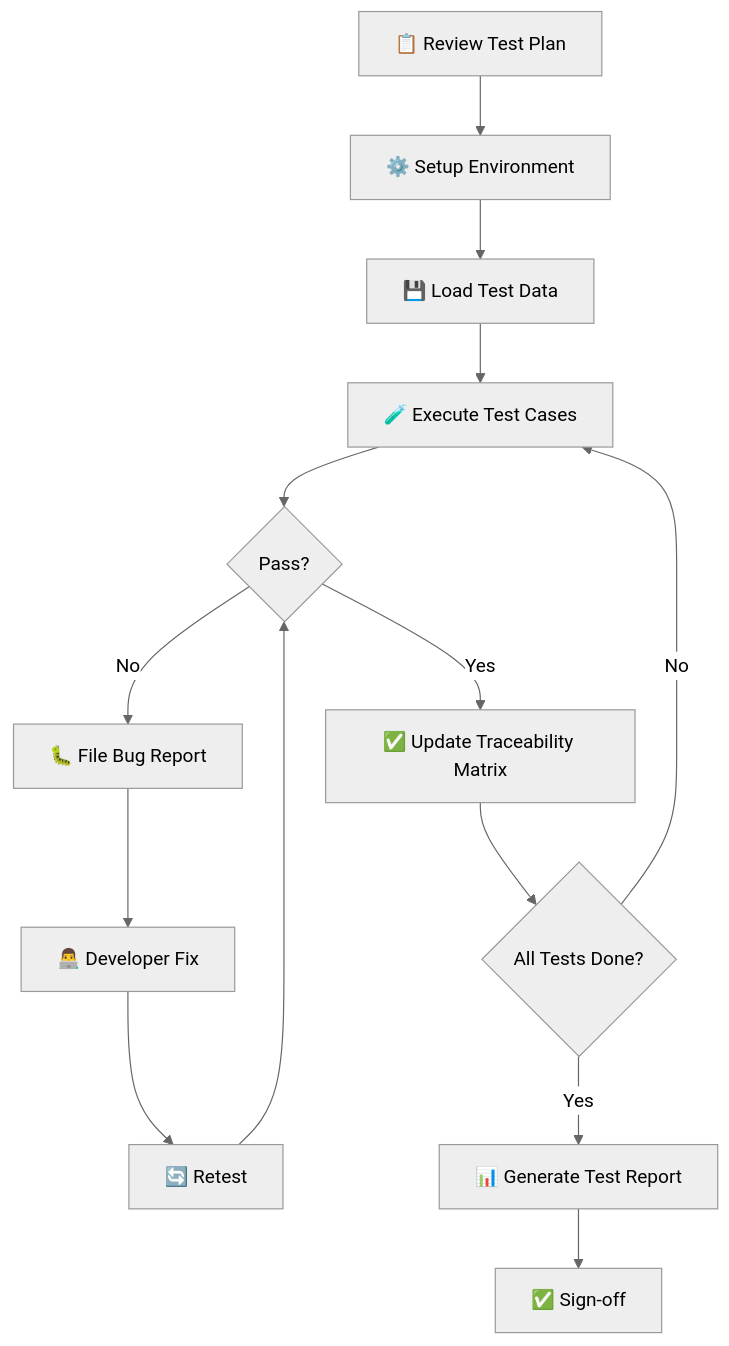
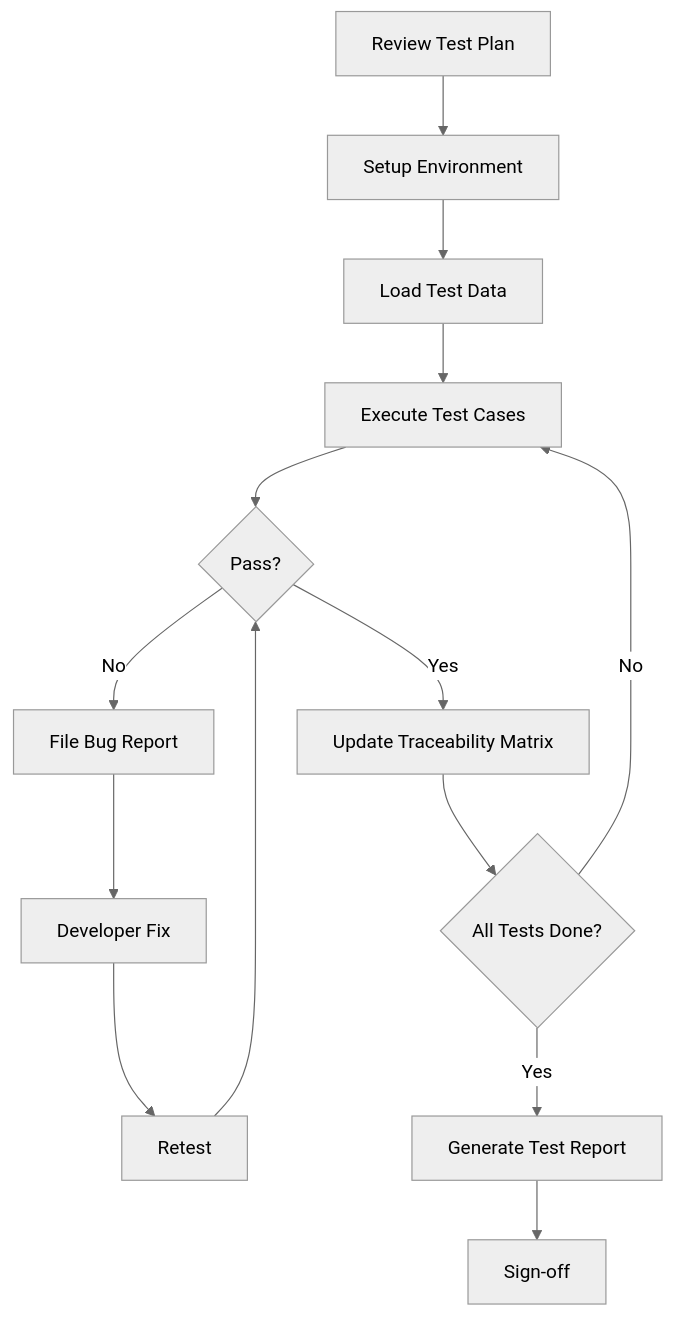
The diagram in Testing_Docs/README.md (Hoale66P1/FlowerShop-Inventory-System), drawn with Mermaid (neutral theme) before and after one commit. The commit also changed other lines of this file and 1 other file, not shown here.

````diff
--- a/Testing_Docs/README.md
+++ b/Testing_Docs/README.md
@@ -322,16 +322,16 @@
 ```mermaid
 graph TD
-    A[📋 Review Test Plan] --> B[⚙️ Setup Environment]
-    B --> C[💾 Load Test Data]
-    C --> D[🧪 Execute Test Cases]
+    A[ Review Test Plan] --> B[ Setup Environment]
+    B --> C[ Load Test Data]
+    C --> D[Execute Test Cases]
     D --> E{Pass?}
-    E -->|Yes| F[✅ Update Traceability Matrix]
-    E -->|No| G[🐛 File Bug Report]
-    G --> H[👨‍💻 Developer Fix]
-    H --> I[🔄 Retest]
+    E -->|Yes| F[Update Traceability Matrix]
+    E -->|No| G[File Bug Report]
+    G --> H[Developer Fix]
+    H --> I[Retest]
     I --> E
     F --> J{All Tests Done?}
     J -->|No| D
-    J -->|Yes| K[📊 Generate Test Report]
-    K --> L[✅ Sign-off]
+    J -->|Yes| K[Generate Test Report]
+    K --> L[Sign-off]
 ```
````
